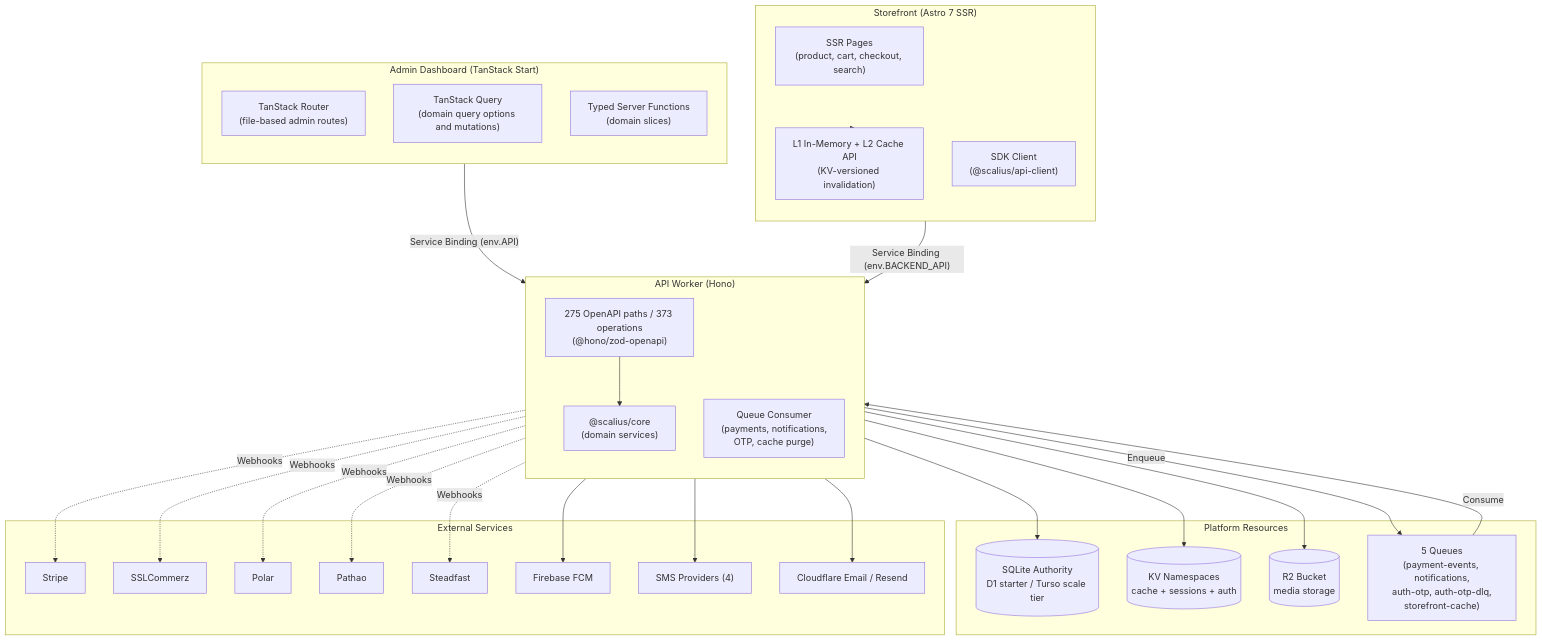
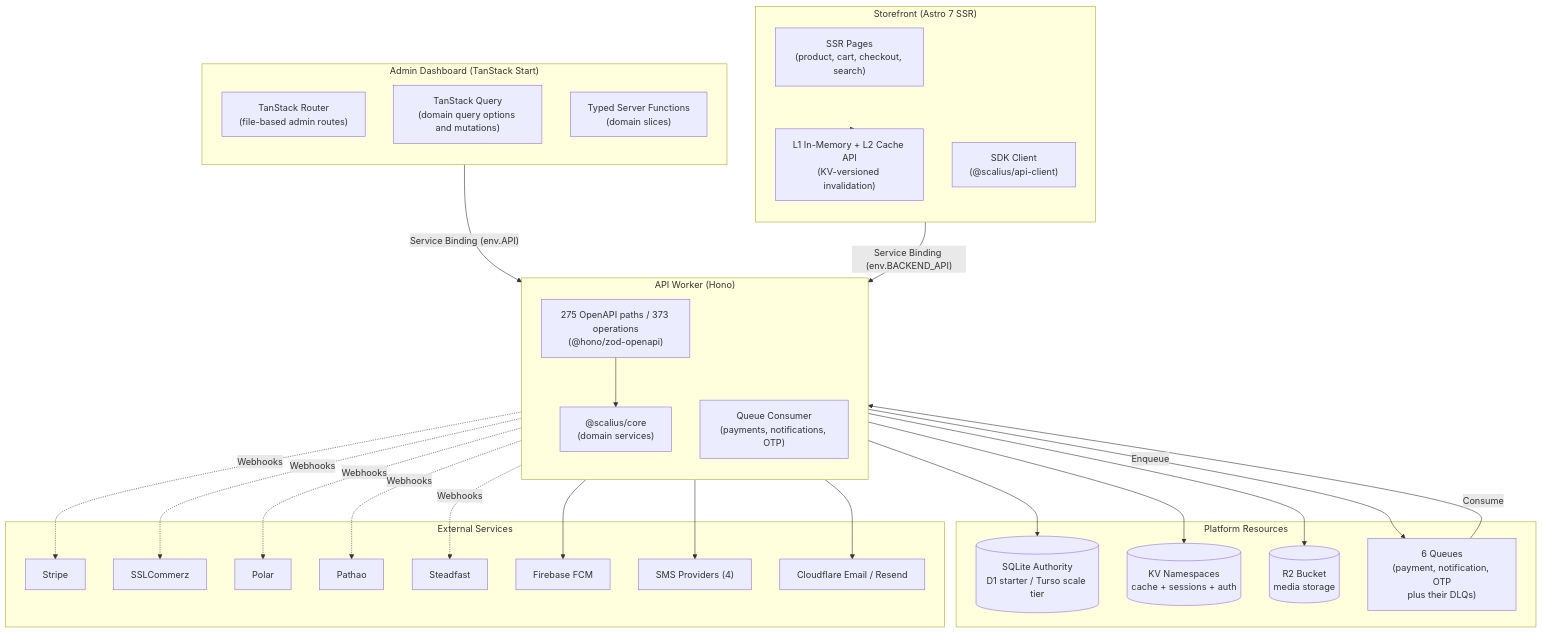
One commit to scaliuslabs/scalius-commerce-lite changed the first of 3 diagrams in README.md. Above: the diagram before and after it, drawn with Mermaid. The commit also changed other lines of this file and 77 other files, not shown here.

````diff
--- a/README.md
+++ b/README.md
@@ -86,60 +86,60 @@
 ```mermaid
 flowchart TB
     subgraph AdminV2 ["Admin Dashboard (TanStack Start)"]
         direction TB
         TSRouter["TanStack Router<br/>(file-based admin routes)"]
         TSQuery["TanStack Query<br/>(domain query options and mutations)"]
         ServerFns["Typed Server Functions<br/>(domain slices)"]
     end
 
     subgraph Storefront ["Storefront (Astro 7 SSR)"]
         direction TB
         AstroPages["SSR Pages<br/>(product, cart, checkout, search)"]
         EdgeCache["L1 In-Memory + L2 Cache API<br/>(KV-versioned invalidation)"]
         SDKClient["SDK Client<br/>(@scalius/api-client)"]
     end
 
     subgraph API ["API Worker (Hono)"]
         direction TB
         HonoApp["275 OpenAPI paths / 373 operations<br/>(@hono/zod-openapi)"]
-        QueueConsumer["Queue Consumer<br/>(payments, notifications,<br/>OTP, cache purge)"]
+        QueueConsumer["Queue Consumer<br/>(payments, notifications, OTP)"]
         CoreModules["@scalius/core<br/>(domain services)"]
     end
 
     subgraph Infra ["Platform Resources"]
         SQLiteDB[(SQLite Authority<br/>D1 starter / Turso scale tier)]
         KV[(KV Namespaces<br/>cache + sessions + auth)]
         R2[(R2 Bucket<br/>media storage)]
-        Queues["5 Queues<br/>(payment-events, notifications,<br/>auth-otp, auth-otp-dlq,<br/>storefront-cache)"]
+        Queues["6 Queues<br/>(payment, notification, OTP<br/>plus their DLQs)"]
     end
 
     subgraph External ["External Services"]
         Stripe["Stripe"]
         SSLCommerz["SSLCommerz"]
         Polar["Polar"]
         Pathao["Pathao"]
         Steadfast["Steadfast"]
         Firebase["Firebase FCM"]
         SMS["SMS Providers (4)"]
         EmailProvider["Cloudflare Email / Resend"]
     end
 
     AdminV2 -->|"Service Binding (env.API)"| API
     Storefront -->|"Service Binding (env.BACKEND_API)"| API
     API --> SQLiteDB
     API --> KV
     API --> R2
     API -->|Enqueue| Queues
     Queues -->|Consume| QueueConsumer
     QueueConsumer --> Firebase
     QueueConsumer --> SMS
     QueueConsumer --> EmailProvider
     HonoApp --> CoreModules
     Storefront --> EdgeCache
 
     API -.->|Webhooks| Stripe
     API -.->|Webhooks| SSLCommerz
     API -.->|Webhooks| Polar
     API -.->|Webhooks| Pathao
     API -.->|Webhooks| Steadfast
 ```
````
